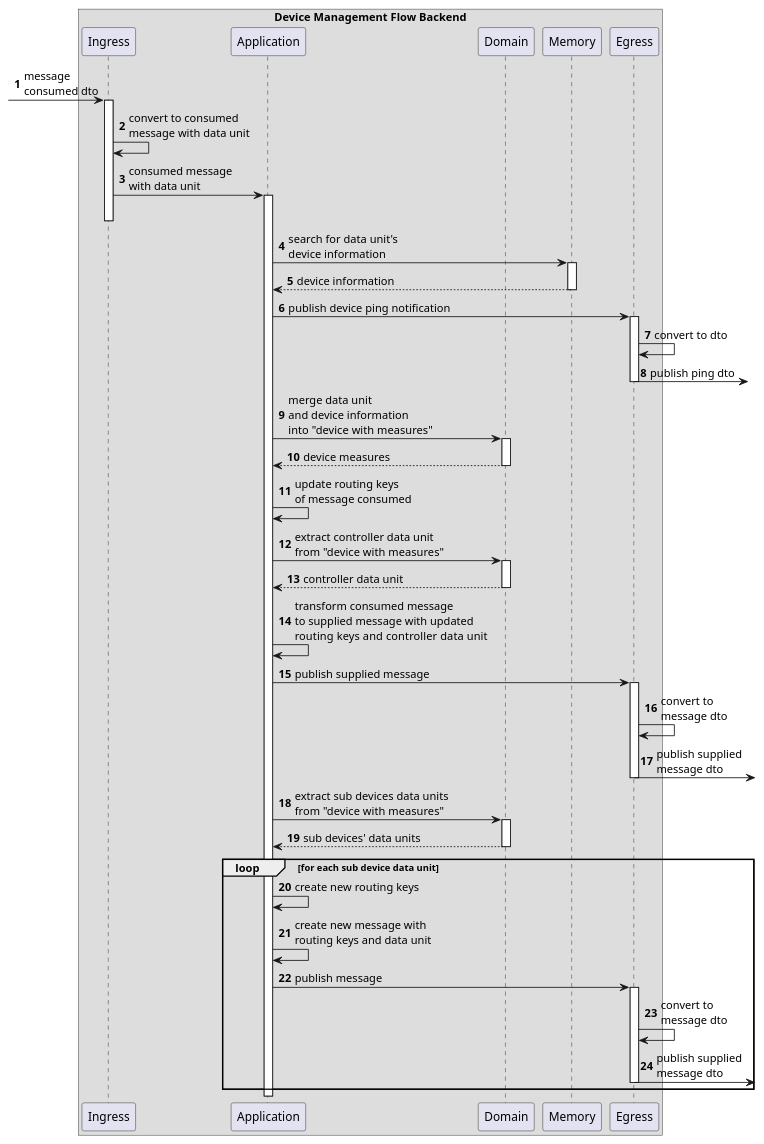
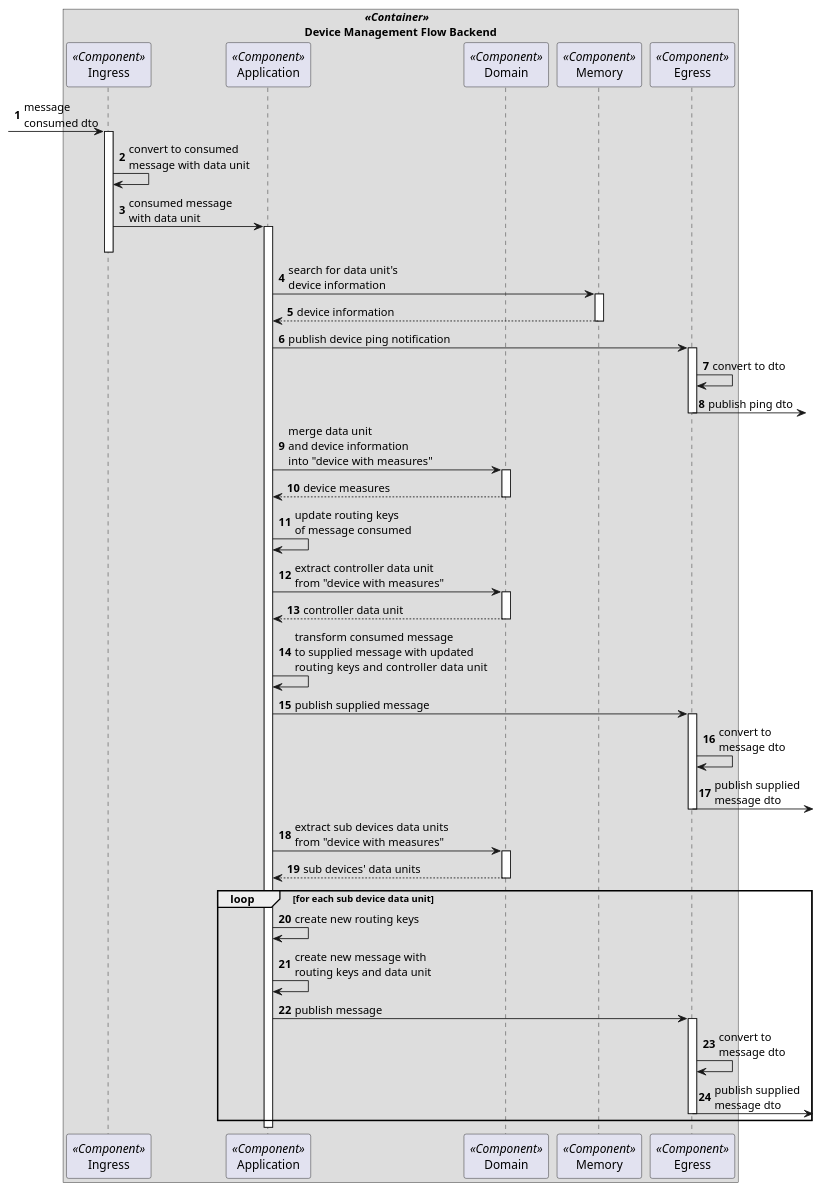
The diagram in assets/diagrams/design/architectural/level3/process/device-management-flow-backend.pu (FilipeMCruz/dissertation), drawn with PlantUML before and after one commit. The commit also changed 165 other files, not shown here.

Commit message:
Fixed level 3 of design and some diagrams here and there

```diff
--- a/assets/diagrams/design/architectural/level3/process/device-management-flow-backend.pu
+++ b/assets/diagrams/design/architectural/level3/process/device-management-flow-backend.pu
@@ -1,41 +1,41 @@
 @startuml device-management-flow-backend
 
 autonumber 1
 
-box "Device Management Flow Backend"
-participant Ingress
-participant Application
-participant Domain
-participant Memory
-participant Egress
+box "                     //<<Container>>//\nDevice Management Flow Backend"
+participant Ingress <<Component>>
+participant Application <<Component>>
+participant Domain <<Component>>
+participant Memory <<Component>>
+participant Egress <<Component>>
 end box
 
 ?-> Ingress ++ : message\nconsumed dto
 Ingress -> Ingress : convert to consumed\nmessage with data unit
 Ingress -> Application ++-- : consumed message\nwith data unit
 Application -> Memory ++ : search for data unit's\ndevice information
 return device information
 Application -> Egress ++ : publish device ping notification
 Egress -> Egress : convert to dto
 Egress ->? -- : publish ping dto
 Application -> Domain ++ : merge data unit\nand device information\ninto "device with measures"
 return device measures
 
 Application -> Application : update routing keys\nof message consumed
 Application -> Domain ++ : extract controller data unit\nfrom "device with measures"
 return controller data unit
 Application -> Application : transform consumed message\nto supplied message with updated\nrouting keys and  controller data unit
 Application -> Egress ++ : publish supplied message
 Egress -> Egress : convert to\nmessage dto
 Egress ->? -- : publish supplied\nmessage dto
 Application -> Domain ++ : extract sub devices data units\nfrom "device with measures"
 return sub devices' data units
 loop for each sub device data unit
     Application -> Application : create new routing keys
     Application -> Application : create new message with\nrouting keys and data unit
     Application -> Egress ++ : publish message
     Egress -> Egress : convert to\nmessage dto
     Egress ->? -- : publish supplied\nmessage dto
 end
 
 @enduml
```
